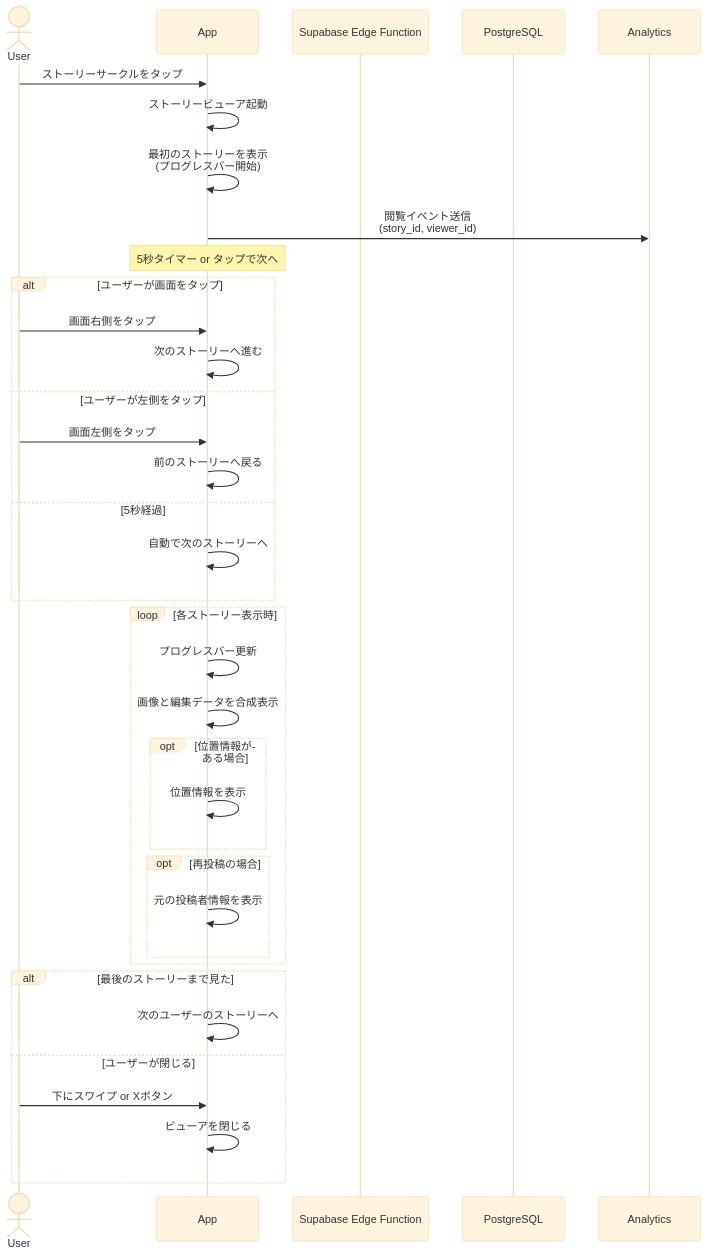
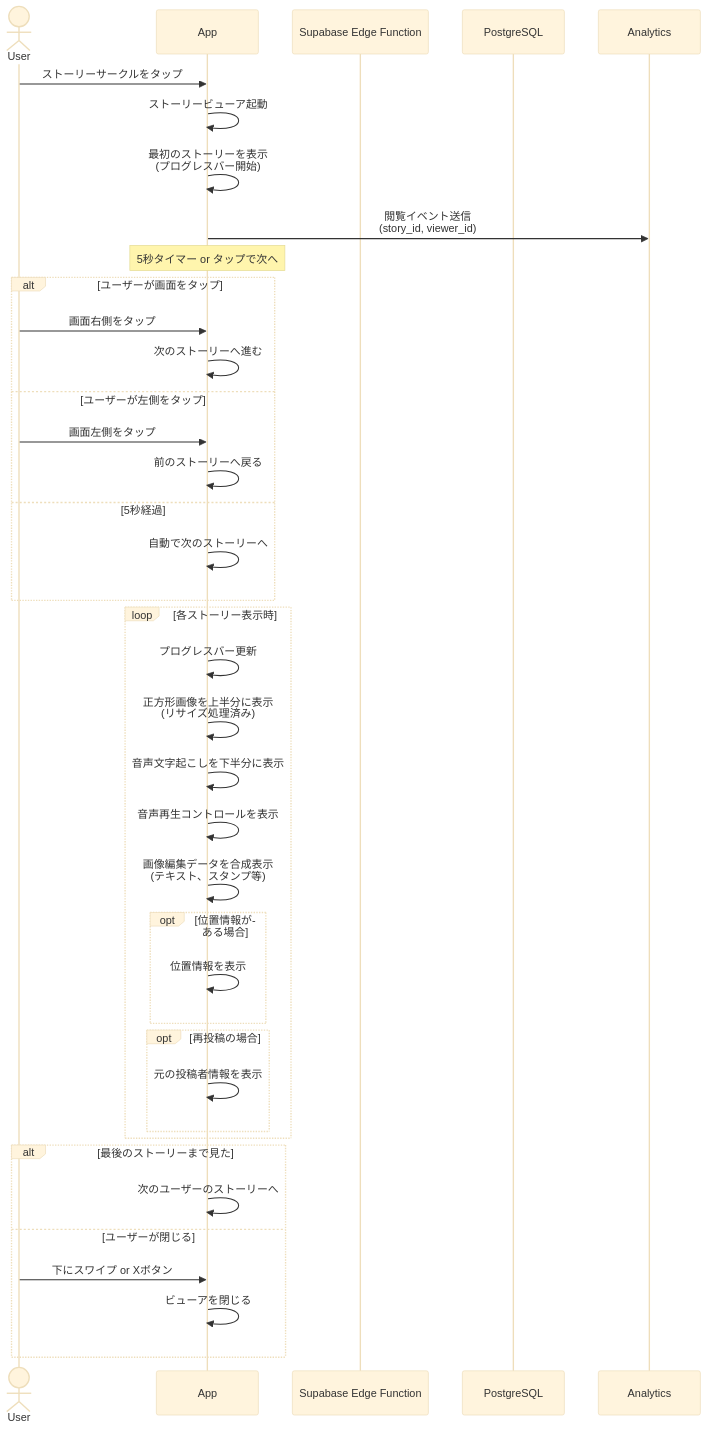
The fifth of 6 diagrams in doc/sequences/10_stories.md (okap-goldman/kanushi), drawn with Mermaid (base theme) before and after one commit. The commit also changed other lines of this file and 88 other files, not shown here.

````diff
--- a/doc/sequences/10_stories.md
+++ b/doc/sequences/10_stories.md
@@ -171,47 +186,50 @@
 ```mermaid
 sequenceDiagram
     actor User
     participant App
     participant API as Supabase Edge Function
     participant DB as PostgreSQL
     participant Analytics as Analytics
 
     User->>App: ストーリーサークルをタップ
     App->>App: ストーリービューア起動
     
     App->>App: 最初のストーリーを表示<br/>(プログレスバー開始)
     
     App->>Analytics: 閲覧イベント送信<br/>(story_id, viewer_id)
     
     Note over App: 5秒タイマー or タップで次へ
     
     alt ユーザーが画面をタップ
         User->>App: 画面右側をタップ
         App->>App: 次のストーリーへ進む
     else ユーザーが左側をタップ
         User->>App: 画面左側をタップ
         App->>App: 前のストーリーへ戻る
     else 5秒経過
         App->>App: 自動で次のストーリーへ
     end
     
     loop 各ストーリー表示時
         App->>App: プログレスバー更新
-        App->>App: 画像と編集データを合成表示
+        App->>App: 正方形画像を上半分に表示<br/>(リサイズ処理済み)
+        App->>App: 音声文字起こしを下半分に表示
+        App->>App: 音声再生コントロールを表示
+        App->>App: 画像編集データを合成表示<br/>(テキスト、スタンプ等)
         
         opt 位置情報がある場合
             App->>App: 位置情報を表示
         end
         
         opt 再投稿の場合
             App->>App: 元の投稿者情報を表示
         end
     end
     
     alt 最後のストーリーまで見た
         App->>App: 次のユーザーのストーリーへ
     else ユーザーが閉じる
         User->>App: 下にスワイプ or Xボタン
         App->>App: ビューアを閉じる
     end
 ```
````
